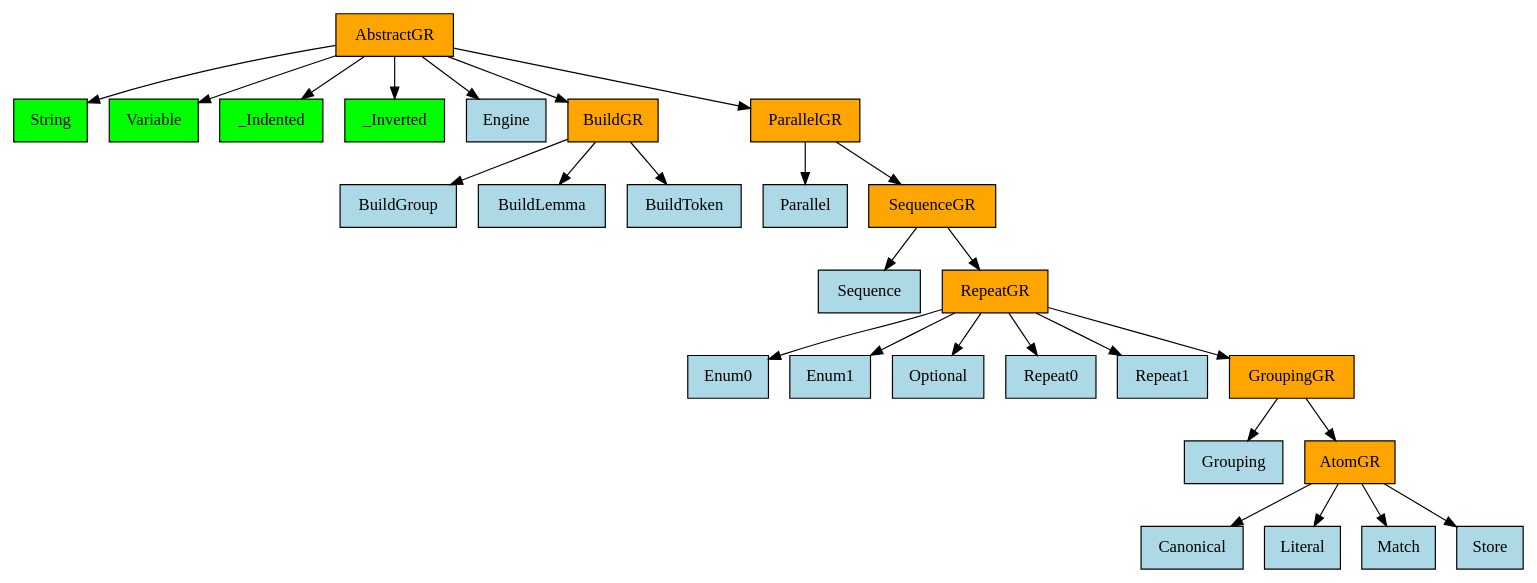
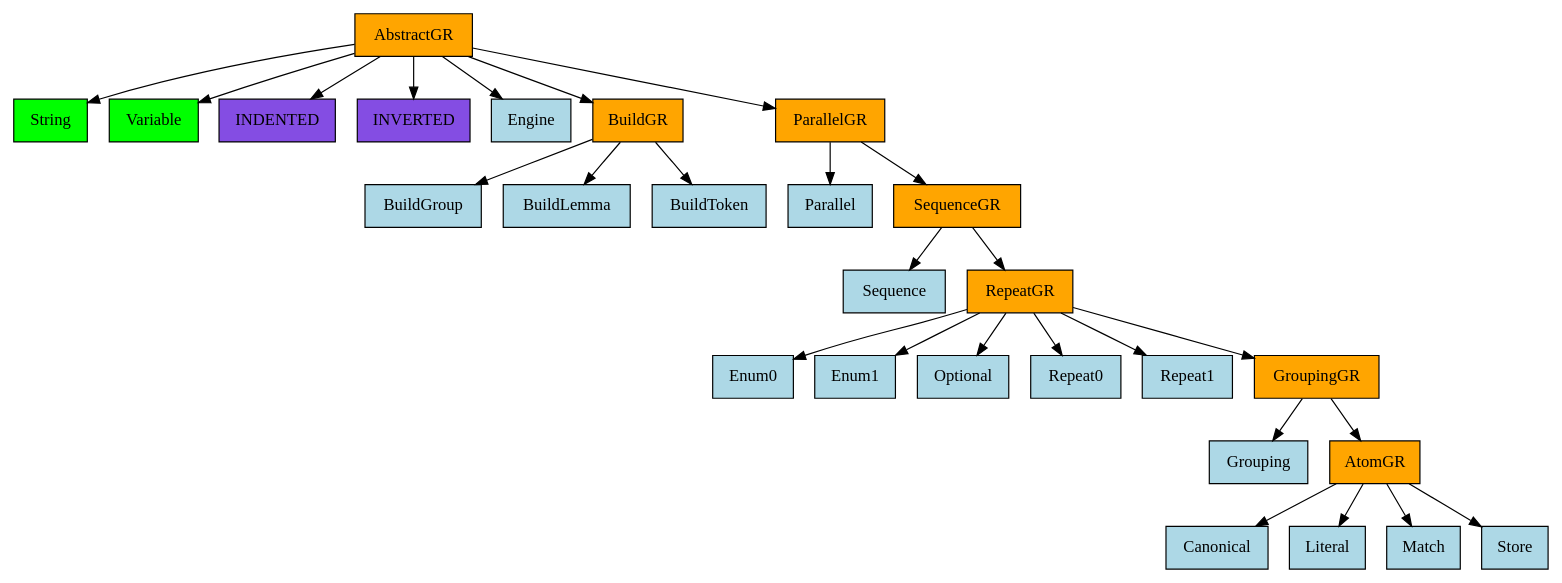
The diagram in language/base/bnf/v0_1_0/mro_graph.gv (GabrielAmare/Language), drawn with Graphviz before and after one commit. The commit also changed 8 other files, not shown here.

```diff
--- a/language/base/bnf/v0_1_0/mro_graph.gv
+++ b/language/base/bnf/v0_1_0/mro_graph.gv
@@ -1,55 +1,55 @@
 digraph {
 	0 [label=AbstractGR fillcolor=orange shape=rect style=filled]
 	1 [label=String fillcolor=lime shape=rect style=filled]
 	2 [label=Variable fillcolor=lime shape=rect style=filled]
-	3 [label=_Indented fillcolor=lime shape=rect style=filled]
-	4 [label=_Inverted fillcolor=lime shape=rect style=filled]
+	3 [label=INDENTED fillcolor="#844de3" shape=rect style=filled]
+	4 [label=INVERTED fillcolor="#844de3" shape=rect style=filled]
 	5 [label=Engine fillcolor=lightblue shape=rect style=filled]
 	6 [label=BuildGR fillcolor=orange shape=rect style=filled]
 	7 [label=ParallelGR fillcolor=orange shape=rect style=filled]
 	8 [label=BuildGroup fillcolor=lightblue shape=rect style=filled]
 	9 [label=BuildLemma fillcolor=lightblue shape=rect style=filled]
 	10 [label=BuildToken fillcolor=lightblue shape=rect style=filled]
 	11 [label=Parallel fillcolor=lightblue shape=rect style=filled]
 	12 [label=SequenceGR fillcolor=orange shape=rect style=filled]
 	13 [label=Sequence fillcolor=lightblue shape=rect style=filled]
 	14 [label=RepeatGR fillcolor=orange shape=rect style=filled]
 	15 [label=Enum0 fillcolor=lightblue shape=rect style=filled]
 	16 [label=Enum1 fillcolor=lightblue shape=rect style=filled]
 	17 [label=Optional fillcolor=lightblue shape=rect style=filled]
 	18 [label=Repeat0 fillcolor=lightblue shape=rect style=filled]
 	19 [label=Repeat1 fillcolor=lightblue shape=rect style=filled]
 	20 [label=GroupingGR fillcolor=orange shape=rect style=filled]
 	21 [label=Grouping fillcolor=lightblue shape=rect style=filled]
 	22 [label=AtomGR fillcolor=orange shape=rect style=filled]
 	23 [label=Canonical fillcolor=lightblue shape=rect style=filled]
 	24 [label=Literal fillcolor=lightblue shape=rect style=filled]
 	25 [label=Match fillcolor=lightblue shape=rect style=filled]
 	26 [label=Store fillcolor=lightblue shape=rect style=filled]
 	0 -> 1
 	0 -> 2
 	0 -> 3
 	0 -> 4
 	0 -> 5
 	0 -> 6
 	0 -> 7
 	6 -> 8
 	6 -> 9
 	6 -> 10
 	7 -> 11
 	7 -> 12
 	12 -> 13
 	12 -> 14
 	14 -> 15
 	14 -> 16
 	14 -> 17
 	14 -> 18
 	14 -> 19
 	14 -> 20
 	20 -> 21
 	20 -> 22
 	22 -> 23
 	22 -> 24
 	22 -> 25
 	22 -> 26
 }
```
